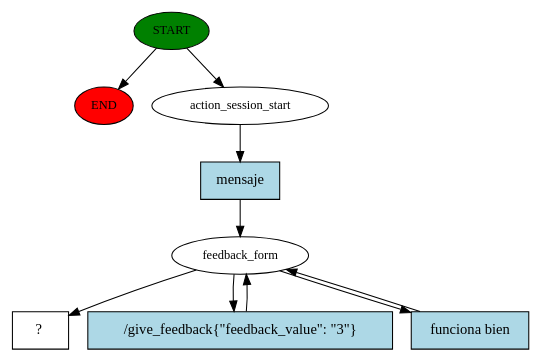
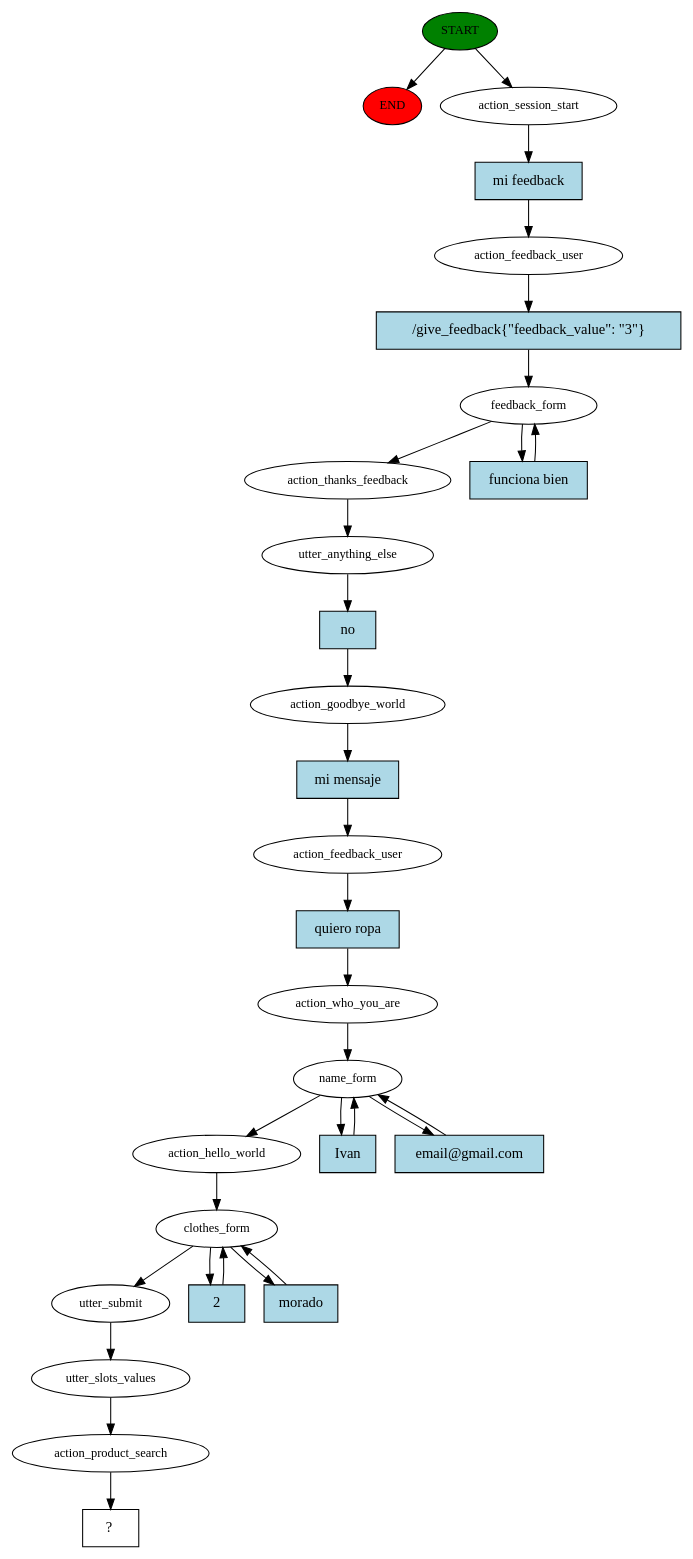
One commit to kabirivan/Ecommerce-Assistant-Jasmine changed the diagram in story_graph.dot. Above: the diagram before and after it, drawn with Graphviz. The commit also changed 6 other files, not shown here.

```diff
--- a/story_graph.dot
+++ b/story_graph.dot
@@ -1,19 +1,60 @@
 digraph  {
 0 [class="start active", fillcolor=green, fontsize=12, label=START, style=filled];
 "-1" [class=end, fillcolor=red, fontsize=12, label=END, style=filled];
 1 [class=active, fontsize=12, label=action_session_start];
-2 [class=active, fontsize=12, label=feedback_form];
-5 [class="intent dashed active", label="  ?  ", shape=rect];
-6 [class="intent active", fillcolor=lightblue, label=mensaje, shape=rect, style=filled];
-7 [class="intent active", fillcolor=lightblue, label="/give_feedback{\"feedback_value\": \"3\"}", shape=rect, style=filled];
-8 [class="intent active", fillcolor=lightblue, label="funciona bien", shape=rect, style=filled];
+2 [class=active, fontsize=12, label=action_feedback_user];
+3 [class=active, fontsize=12, label=feedback_form];
+5 [class=active, fontsize=12, label=action_thanks_feedback];
+6 [class=active, fontsize=12, label=utter_anything_else];
+7 [class=active, fontsize=12, label=action_goodbye_world];
+8 [class=active, fontsize=12, label=action_feedback_user];
+9 [class=active, fontsize=12, label=action_who_you_are];
+10 [class=active, fontsize=12, label=name_form];
+13 [class=active, fontsize=12, label=action_hello_world];
+14 [class=active, fontsize=12, label=clothes_form];
+19 [class=active, fontsize=12, label=utter_submit];
+20 [class=active, fontsize=12, label=utter_slots_values];
+21 [class=active, fontsize=12, label=action_product_search];
+22 [class="intent dashed active", label="  ?  ", shape=rect];
+23 [class="intent active", fillcolor=lightblue, label="mi feedback", shape=rect, style=filled];
+24 [class="intent active", fillcolor=lightblue, label="/give_feedback{\"feedback_value\": \"3\"}", shape=rect, style=filled];
+25 [class="intent active", fillcolor=lightblue, label="funciona bien", shape=rect, style=filled];
+26 [class="intent active", fillcolor=lightblue, label=no, shape=rect, style=filled];
+27 [class="intent active", fillcolor=lightblue, label="mi mensaje", shape=rect, style=filled];
+28 [class="intent active", fillcolor=lightblue, label="quiero ropa", shape=rect, style=filled];
+29 [class="intent active", fillcolor=lightblue, label=Ivan, shape=rect, style=filled];
+30 [class="intent active", fillcolor=lightblue, label="email@gmail.com", shape=rect, style=filled];
+31 [class="intent active", fillcolor=lightblue, label=2, shape=rect, style=filled];
+32 [class="intent active", fillcolor=lightblue, label=morado, shape=rect, style=filled];
 0 -> "-1"  [class="", key=NONE, label=""];
 0 -> 1  [class=active, key=NONE, label=""];
-1 -> 6  [class=active, key=0];
-2 -> 5  [class=active, key=NONE, label=""];
-2 -> 7  [class=active, key=0];
-2 -> 8  [class=active, key=0];
-6 -> 2  [class=active, key=0];
-7 -> 2  [class=active, key=0];
-8 -> 2  [class=active, key=0];
+1 -> 23  [class=active, key=0];
+2 -> 24  [class=active, key=0];
+3 -> 5  [class=active, key=NONE, label=""];
+3 -> 25  [class=active, key=0];
+5 -> 6  [class=active, key=NONE, label=""];
+6 -> 26  [class=active, key=0];
+7 -> 27  [class=active, key=0];
+8 -> 28  [class=active, key=0];
+9 -> 10  [class=active, key=NONE, label=""];
+10 -> 13  [class=active, key=NONE, label=""];
+10 -> 29  [class=active, key=0];
+10 -> 30  [class=active, key=0];
+13 -> 14  [class=active, key=NONE, label=""];
+14 -> 19  [class=active, key=NONE, label=""];
+14 -> 31  [class=active, key=0];
+14 -> 32  [class=active, key=0];
+19 -> 20  [class=active, key=NONE, label=""];
+20 -> 21  [class=active, key=NONE, label=""];
+21 -> 22  [class=active, key=NONE, label=""];
+23 -> 2  [class=active, key=0];
+24 -> 3  [class=active, key=0];
+25 -> 3  [class=active, key=0];
+26 -> 7  [class=active, key=0];
+27 -> 8  [class=active, key=0];
+28 -> 9  [class=active, key=0];
+29 -> 10  [class=active, key=0];
+30 -> 10  [class=active, key=0];
+31 -> 14  [class=active, key=0];
+32 -> 14  [class=active, key=0];
 }
```
